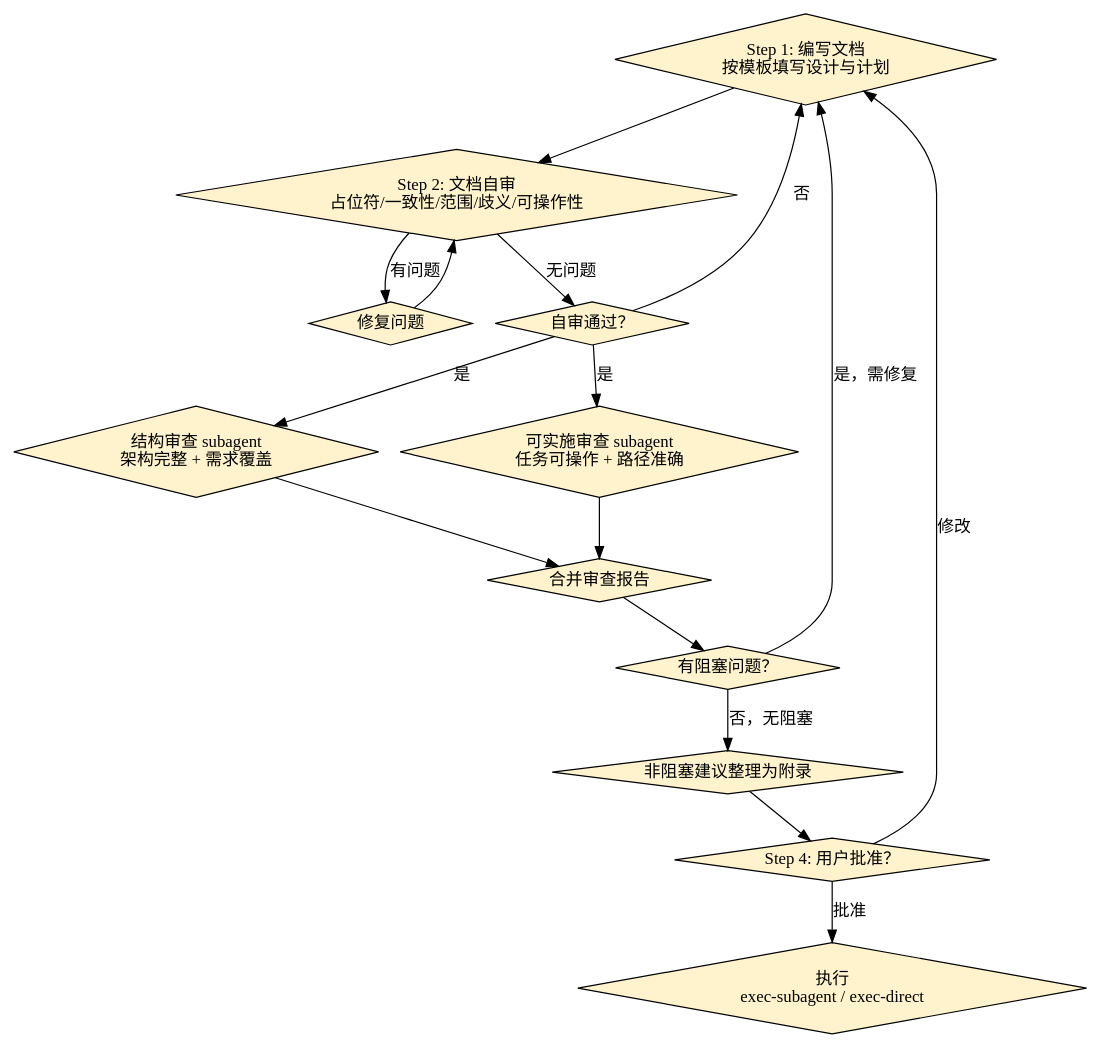
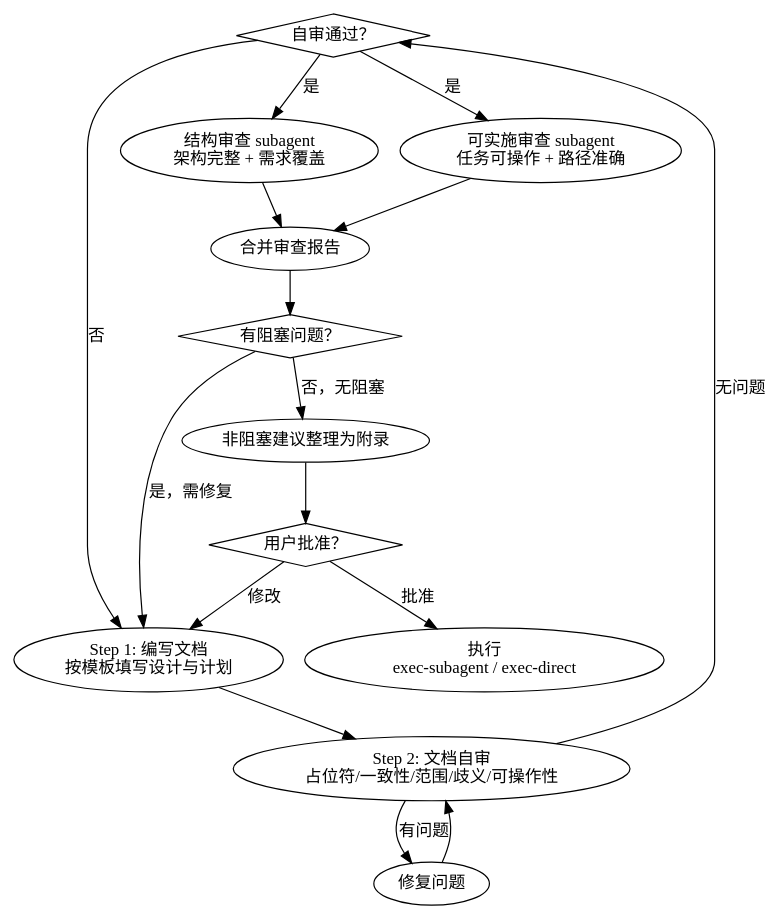
Before and after one commit to brightmeows/dotfiles: the diagram in dot_agents_meow/skills/brainstorming-blueprint/SKILL.md, drawn with Graphviz. The commit also changed 1 other file, not shown here.

Commit message:
refactor(dot): remove human-oriented visual styling from flow diagrams
简化 DOT 图：去掉 fillcolor、style=rounded/bold/dashed、rankdir
和注释。仅保留 shape=diamond（决策节点）和 label。LLM 不需要视觉样式。

````diff
--- a/dot_agents_meow/skills/brainstorming-blueprint/SKILL.md
+++ b/dot_agents_meow/skills/brainstorming-blueprint/SKILL.md
@@ -16,36 +16,32 @@
 ```dot
 digraph blueprint {
-    rankdir=TB;
+    ok    [shape=diamond, label="自审通过？"];
+    block [shape=diamond, label="有阻塞问题？"];
+    user  [shape=diamond, label="用户批准？"];
 
-    node [shape=box, style=rounded];                           // 动作节点
-    node [shape=diamond, style=filled, fillcolor="#FFF3CD"];   // 决策节点
-
-    write  [label="Step 1: 编写文档\n按模板填写设计与计划"];
-    self   [label="Step 2: 文档自审\n占位符/一致性/范围/歧义/可操作性"];
-    fix    [label="修复问题"];
-    ok     [label="自审通过？"];
-    sr     [label="结构审查 subagent\n架构完整 + 需求覆盖"];
-    rr     [label="可实施审查 subagent\n任务可操作 + 路径准确"];
-    merge  [label="合并审查报告"];
-    block  [label="有阻塞问题？"];
-    user   [label="Step 4: 用户批准？"];
-    exec   [label="执行\nexec-subagent / exec-direct"];
-    upd    [label="非阻塞建议整理为附录"];
+    write [label="Step 1: 编写文档\n按模板填写设计与计划"];
+    self  [label="Step 2: 文档自审\n占位符/一致性/范围/歧义/可操作性"];
+    fix   [label="修复问题"];
+    sr    [label="结构审查 subagent\n架构完整 + 需求覆盖"];
+    rr    [label="可实施审查 subagent\n任务可操作 + 路径准确"];
+    merge [label="合并审查报告"];
+    exec  [label="执行\nexec-subagent / exec-direct"];
+    upd   [label="非阻塞建议整理为附录"];
 
     write -> self;
     self  -> fix  [label="有问题"];
     self  -> ok   [label="无问题"];
     fix   -> self;
     ok    -> write [label="否"];
     ok    -> sr    [label="是"];
     ok    -> rr    [label="是"];
     sr    -> merge;
     rr    -> merge;
     merge -> block;
     block -> write [label="是，需修复"];
     block -> upd   [label="否，无阻塞"];
     upd   -> user;
     user  -> write [label="修改"];
     user  -> exec  [label="批准"];
 }
 ```
````
